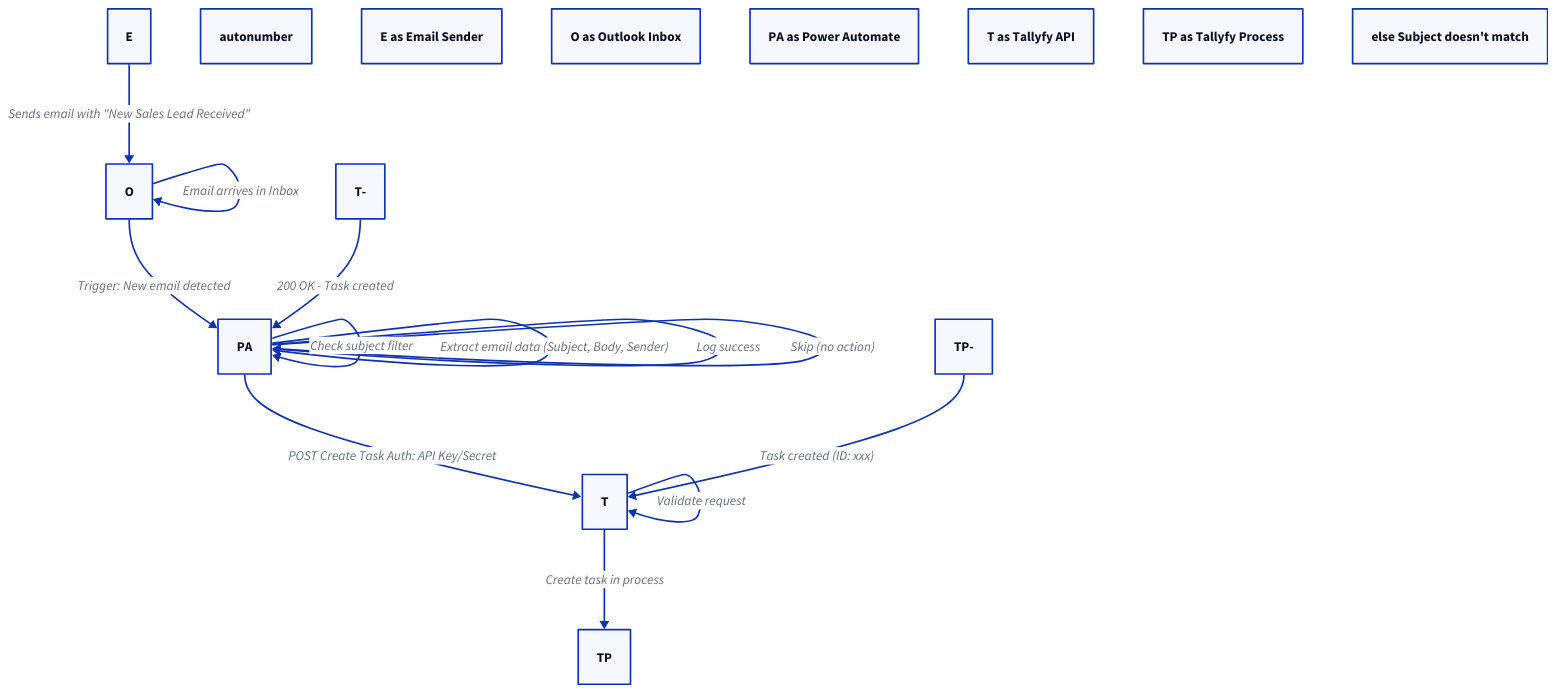
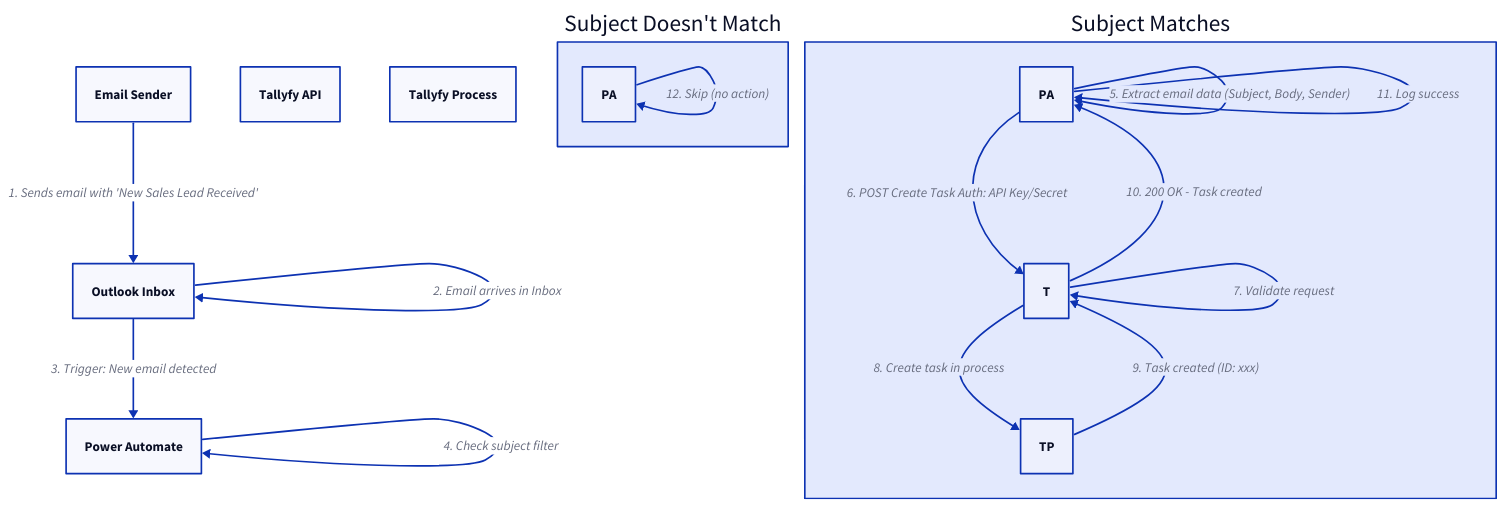
Before and after one commit to tallyfy/documentation: the diagram in src/content/docs/pro/integrations/middleware/power-automate/creating-your-first-flow-in-power-automate.mdx, drawn with D2. The commit also changed 26 other files, not shown here.

````diff
--- a/src/content/docs/pro/integrations/middleware/power-automate/creating-your-first-flow-in-power-automate.mdx
+++ b/src/content/docs/pro/integrations/middleware/power-automate/creating-your-first-flow-in-power-automate.mdx
@@ -38,31 +38,31 @@
 ```d2
-E: "E"
-O: "O"
-PA: "PA"
-T: "T"
-TP: "TP"
-autonumber
-E as Email Sender
-O as Outlook Inbox
-PA as Power Automate
-T as Tallyfy API
-TP as Tallyfy Process
-# Note over E,TP: Automated Email-to-Task Flow
-E -> O: Sends email with "New Sales Lead Received"
-O -> O: Email arrives in Inbox
-O -> PA: Trigger: New email detected
-PA -> PA: Check subject filter
-# alt: Subject matches filter
-PA -> PA: Extract email data (Subject, Body, Sender)
-PA -> T: POST Create Task Auth: API Key/Secret
-# Note right of PA: Blueprint ID: Lead Follow-Up Task Name: Email Subject Description: Email Body Deadline: +1 day
-T -> T: Validate request
-T -> TP: Create task in process
-TP- -> T: Task created (ID: xxx)
-T- -> PA: 200 OK - Task created
-PA -> PA: Log success
-else Subject doesn't match
-PA -> PA: Skip (no action)
-# end block
-# Note over PA,TP: Task now trackable in Tallyfy
+E: "Email Sender"
+O: "Outlook Inbox"
+PA: "Power Automate"
+T: "Tallyfy API"
+TP: "Tallyfy Process"
+
+# Automated Email-to-Task Flow
+E -> O: "1. Sends email with 'New Sales Lead Received'"
+O -> O: "2. Email arrives in Inbox"
+O -> PA: "3. Trigger: New email detected"
+PA -> PA: "4. Check subject filter"
+
+# Subject matches filter
+MatchPath: "Subject Matches" {
+  PA -> PA: "5. Extract email data (Subject, Body, Sender)"
+  PA -> T: "6. POST Create Task Auth: API Key/Secret"
+  # Blueprint ID: Lead Follow-Up Task Name: Email Subject Description: Email Body Deadline: +1 day
+  T -> T: "7. Validate request"
+  T -> TP: "8. Create task in process"
+  TP -> T: "9. Task created (ID: xxx)"
+  T -> PA: "10. 200 OK - Task created"
+  PA -> PA: "11. Log success"
+}
+
+NoMatchPath: "Subject Doesn't Match" {
+  PA -> PA: "12. Skip (no action)"
+}
+
+# Task now trackable in Tallyfy
 ```
````
